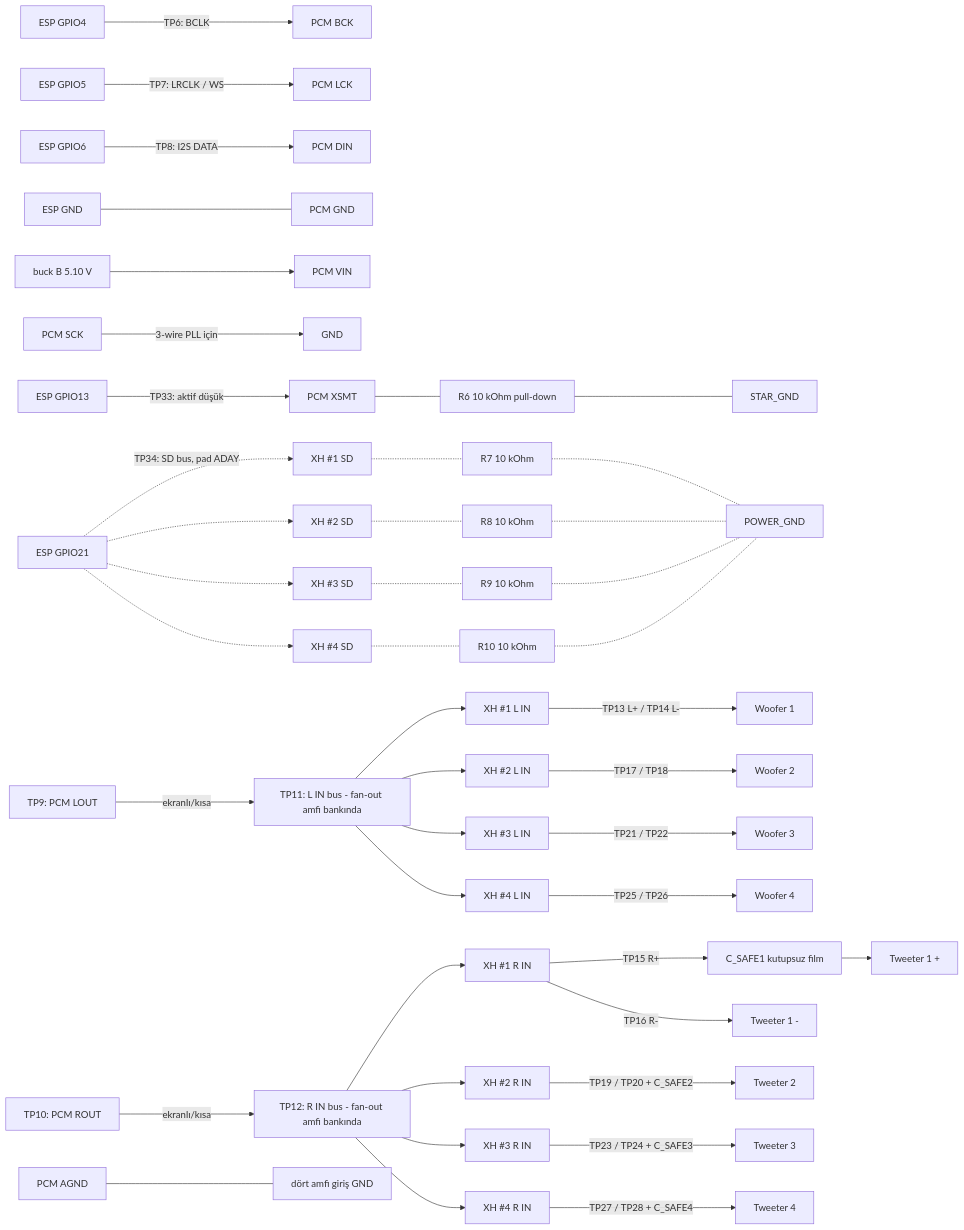
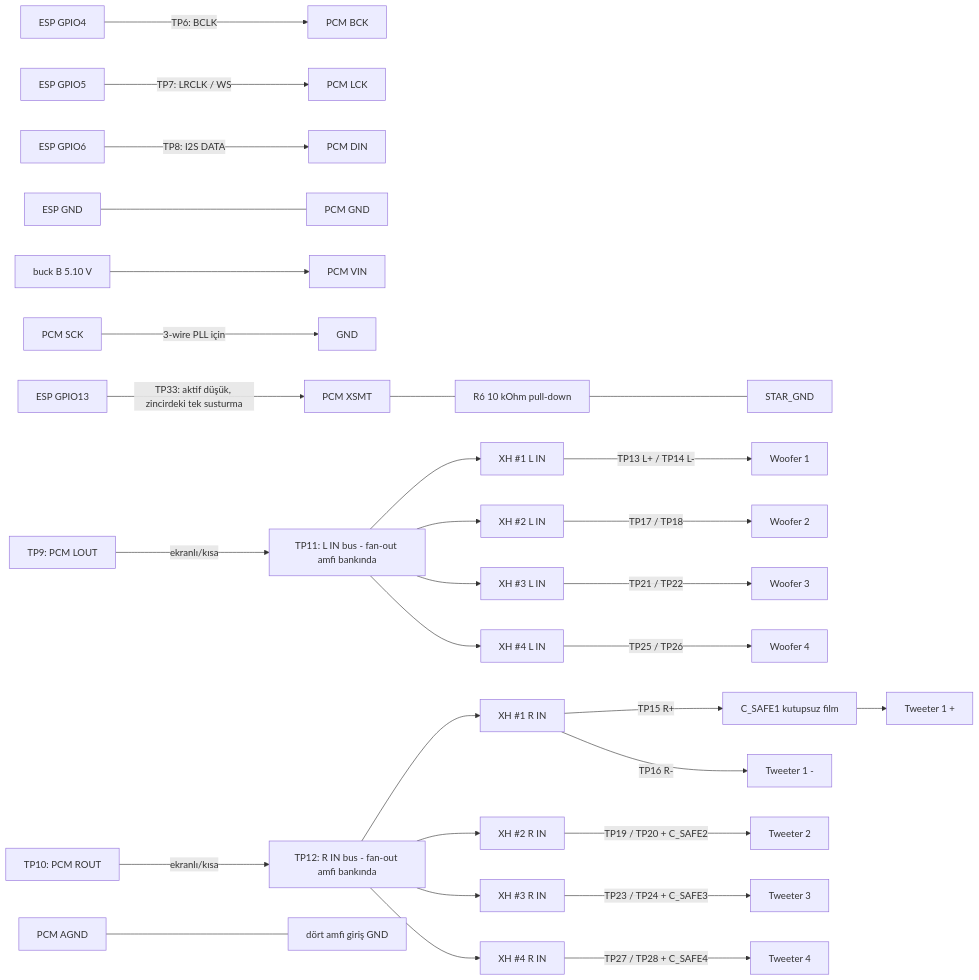
One commit to ktahatastan/esp32-airplay-speakers changed the third of 7 diagrams in docs/02-hardware/circuit-and-wiring-plan.md. Above: the diagram before and after it, drawn with Mermaid. The commit also changed other lines of this file and 38 other files, not shown here.

````diff
--- a/docs/02-hardware/circuit-and-wiring-plan.md
+++ b/docs/02-hardware/circuit-and-wiring-plan.md
@@ -156,42 +155,34 @@
 ```mermaid
 flowchart LR
     G4[ESP GPIO4] -->|TP6: BCLK| BCK[PCM BCK]
     G5[ESP GPIO5] -->|TP7: LRCLK / WS| LCK[PCM LCK]
     G6[ESP GPIO6] -->|TP8: I2S DATA| DIN[PCM DIN]
     DG[ESP GND] --- PG[PCM GND]
     P5[buck B 5.10 V] --> VIN[PCM VIN]
     SCK[PCM SCK] -->|3-wire PLL için| SGND[GND]
 
-    G13[ESP GPIO13] -->|TP33: aktif düşük| XSMT[PCM XSMT]
+    G13[ESP GPIO13] -->|TP33: aktif düşük, zincirdeki tek susturma| XSMT[PCM XSMT]
     XSMT --- R6[R6 10 kOhm pull-down] --- SG[STAR_GND]
-    G21[ESP GPIO21] -.->|TP34: SD bus, pad ADAY| SD1[XH #1 SD]
-    G21 -.-> SD2[XH #2 SD]
-    G21 -.-> SD3[XH #3 SD]
-    G21 -.-> SD4[XH #4 SD]
-    SD1 -.- R7[R7 10 kOhm] -.- PG2[POWER_GND]
-    SD2 -.- R8[R8 10 kOhm] -.- PG2
-    SD3 -.- R9[R9 10 kOhm] -.- PG2
-    SD4 -.- R10[R10 10 kOhm] -.- PG2
 
     LOUT[TP9: PCM LOUT] -->|ekranlı/kısa| LBUS[TP11: L IN bus - fan-out amfi bankında]
     ROUT[TP10: PCM ROUT] -->|ekranlı/kısa| RBUS[TP12: R IN bus - fan-out amfi bankında]
     LBUS --> L1[XH #1 L IN]
     LBUS --> L2[XH #2 L IN]
     LBUS --> L3[XH #3 L IN]
     LBUS --> L4[XH #4 L IN]
     RBUS --> R1[XH #1 R IN]
     RBUS --> R2[XH #2 R IN]
     RBUS --> R3[XH #3 R IN]
     RBUS --> R4[XH #4 R IN]
     AG[PCM AGND] --- AING[dört amfi giriş GND]
 
     L1 -->|TP13 L+ / TP14 L-| W1[Woofer 1]
     R1 -->|TP15 R+| CS1[C_SAFE1 kutupsuz film] --> T1[Tweeter 1 +]
     R1 -->|TP16 R-| T1M[Tweeter 1 -]
     L2 -->|TP17 / TP18| W2[Woofer 2]
     R2 -->|TP19 / TP20 + C_SAFE2| T2[Tweeter 2]
     L3 -->|TP21 / TP22| W3[Woofer 3]
     R3 -->|TP23 / TP24 + C_SAFE3| T3[Tweeter 3]
     L4 -->|TP25 / TP26| W4[Woofer 4]
     R4 -->|TP27 / TP28 + C_SAFE4| T4[Tweeter 4]
 ```
````
